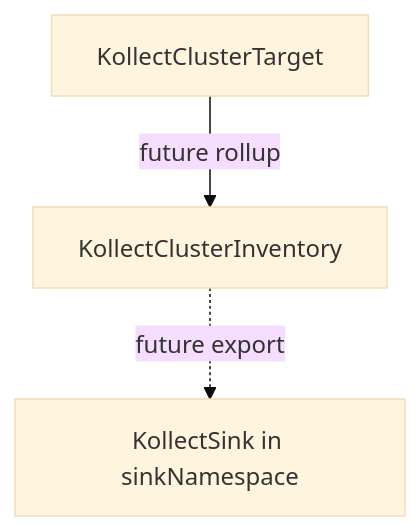
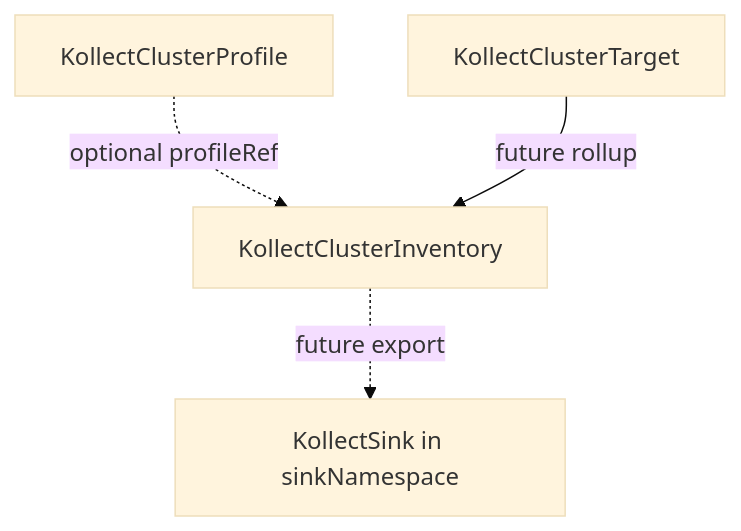
Before and after one commit to PlatformRelay/Kollect: the diagram in docs/crds/kollectclusterinventory.md, drawn with Mermaid (base theme). The commit also changed other lines of this file and 7 other files, not shown here.

First line of the commit message:
:page_facing_up: docs: polish CR reference and hub data flows

````diff
--- a/docs/crds/kollectclusterinventory.md
+++ b/docs/crds/kollectclusterinventory.md
@@ -17,9 +17,11 @@
 ```mermaid
 flowchart TD
+  CProf[KollectClusterProfile]
   CTarget[KollectClusterTarget]
   CInv[KollectClusterInventory]
   Sink[KollectSink in sinkNamespace]
 
+  CProf -.->|optional profileRef| CInv
   CTarget -->|future rollup| CInv
   CInv -.->|future export| Sink
 ```
````
